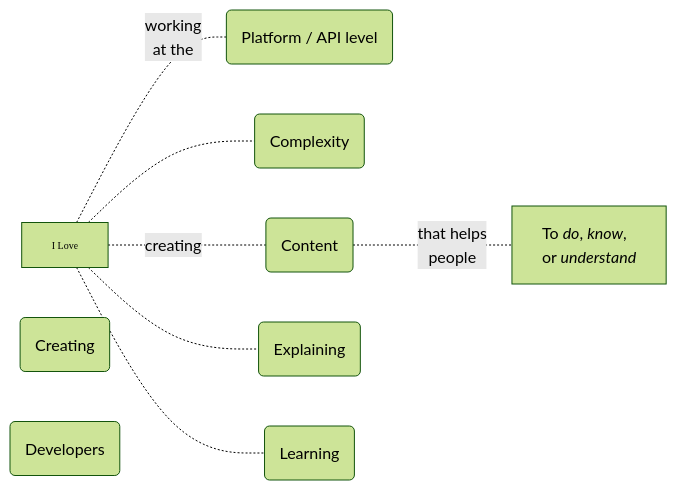
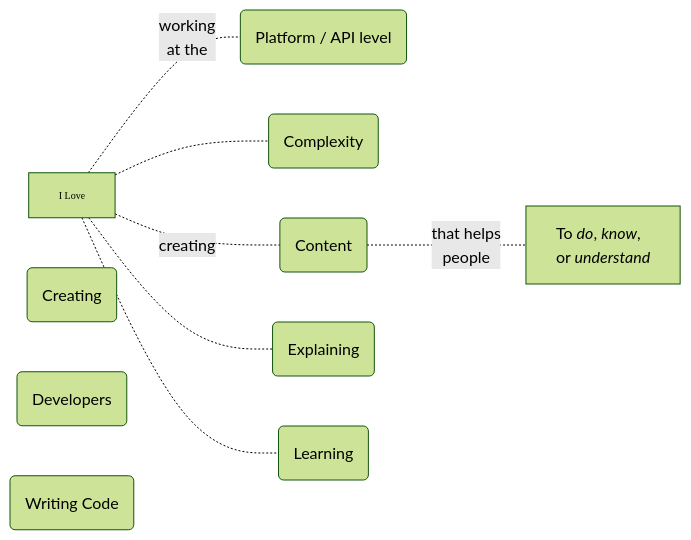
One commit to joe-dorward/samples changed the diagram in overview.md. Above: the diagram before and after it, drawn with Mermaid.

````diff
--- a/overview.md
+++ b/overview.md
@@ -1,35 +1,35 @@
 ```mermaid
   %%{init: { "theme":"forest"} }%%
 
 
 flowchart LR
   classDef Compact font-family:verdana, font-size:7.5pt, text-align:left;
 I_LOVE["I Love"]:::Compact
 
 PLATFORM_API("Platform / API level")
 
 COMPLEXITY("Complexity")
 CREATING("Creating")
 CONTENT("Content")
 DEVELOPERS("Developers")
 EXPLAINING("Explaining")
 LEARNING("Learning")
 
 DO_KNOW_UNDERSTAND["`To *do*, *know*,
 or *understand*`"]
 style DO_KNOW_UNDERSTAND text-align:left
 
-
+WRITING_CODE("Writing Code")
 
 %% CONNECTIONS
 
 I_LOVE-."working
 at the".-PLATFORM_API
 
 I_LOVE-.-COMPLEXITY
 I_LOVE-.-LEARNING
 I_LOVE-.-EXPLAINING
 
 I_LOVE-.creating.-CONTENT-."that helps
 people".-DO_KNOW_UNDERSTAND
 ```
````
